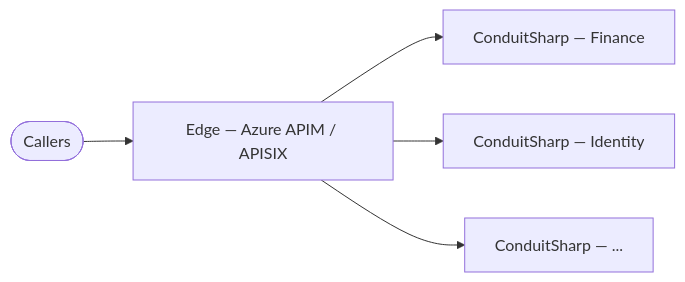
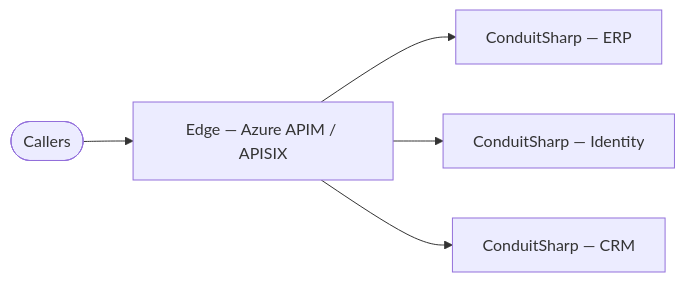
One commit to liqngliz/ConduitSharp changed the third of 6 diagrams in docs/ENTERPRISE.md. Above: the diagram before and after it, drawn with Mermaid. The commit also changed other lines of this file and 65 other files, not shown here.

````diff
--- a/docs/ENTERPRISE.md
+++ b/docs/ENTERPRISE.md
@@ -136,7 +136,7 @@
 ```mermaid
 flowchart LR
     client(["Callers"]) --> edge["Edge — Azure APIM / APISIX"]
-    edge --> gwA["ConduitSharp — Finance"]
+    edge --> gwA["ConduitSharp — ERP"]
     edge --> gwB["ConduitSharp — Identity"]
-    edge --> gwC["ConduitSharp — ..."]
+    edge --> gwC["ConduitSharp — CRM"]
 ```
````
